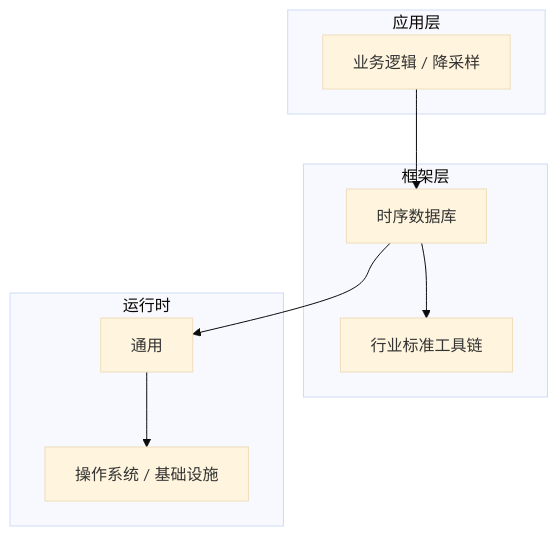
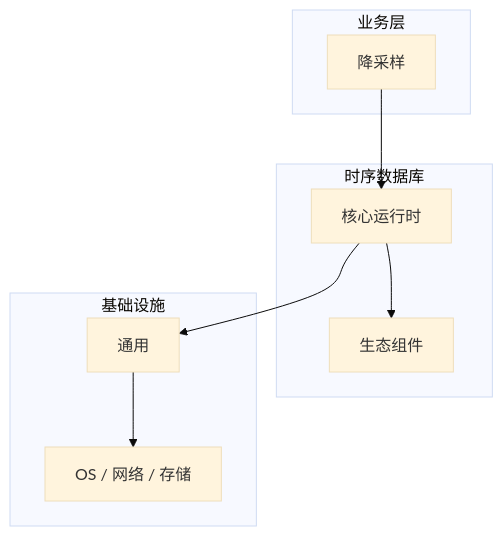
Before and after one commit to yanggan2015/knowledge-json-v2: the diagram in articles/时序数据库/chapters/046-降采样核心概念与原理.md, drawn with Mermaid (base theme). The commit also changed other lines of this file and 10127 other files, not shown here.

````diff
--- a/articles/时序数据库/chapters/046-降采样核心概念与原理.md
+++ b/articles/时序数据库/chapters/046-降采样核心概念与原理.md
@@ -45,18 +34,18 @@
 ```mermaid
 graph TB
-    subgraph 应用层
-        A[业务逻辑 / 降采样]
+    subgraph 业务层
+        A[降采样]
     end
-    subgraph 框架层
-        B[时序数据库]
-        C[行业标准工具链]
+    subgraph 时序数据库
+        B[核心运行时]
+        C[生态组件]
     end
-    subgraph 运行时
+    subgraph 基础设施
         D[通用]
-        E[操作系统 / 基础设施]
+        E[OS / 网络 / 存储]
     end
     A --> B
     B --> C
     B --> D
     D --> E
 ```
````
